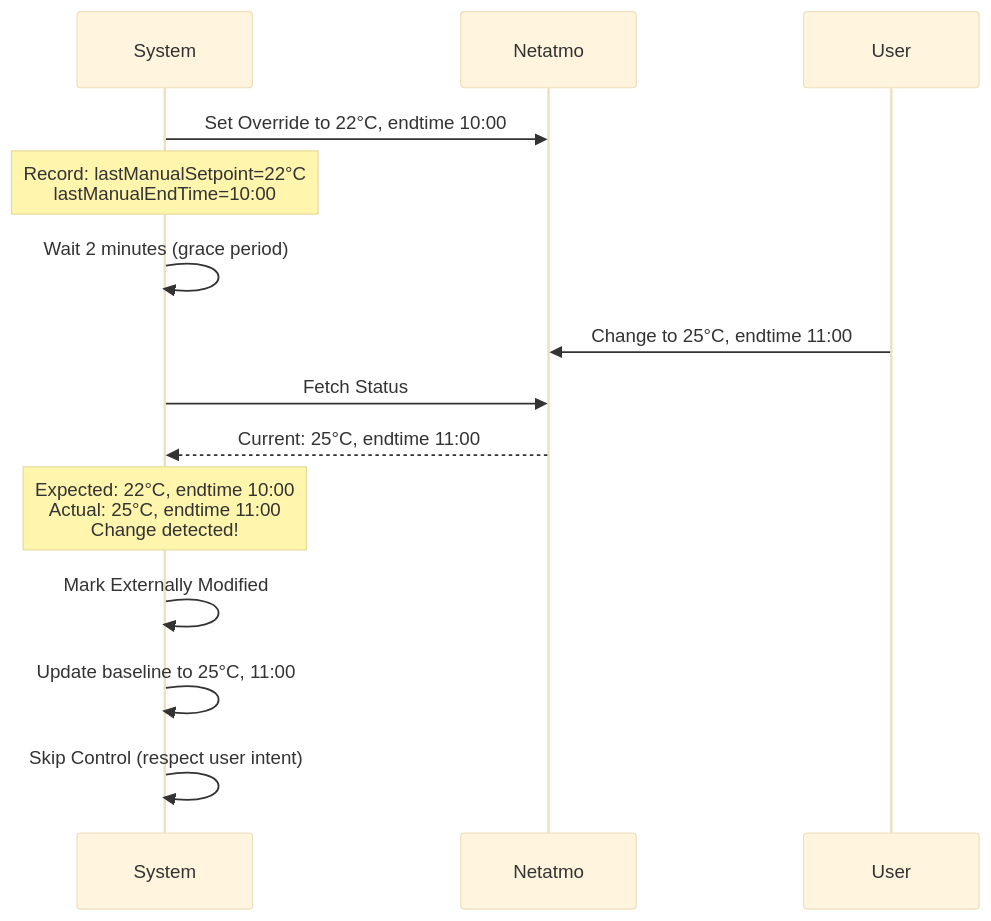
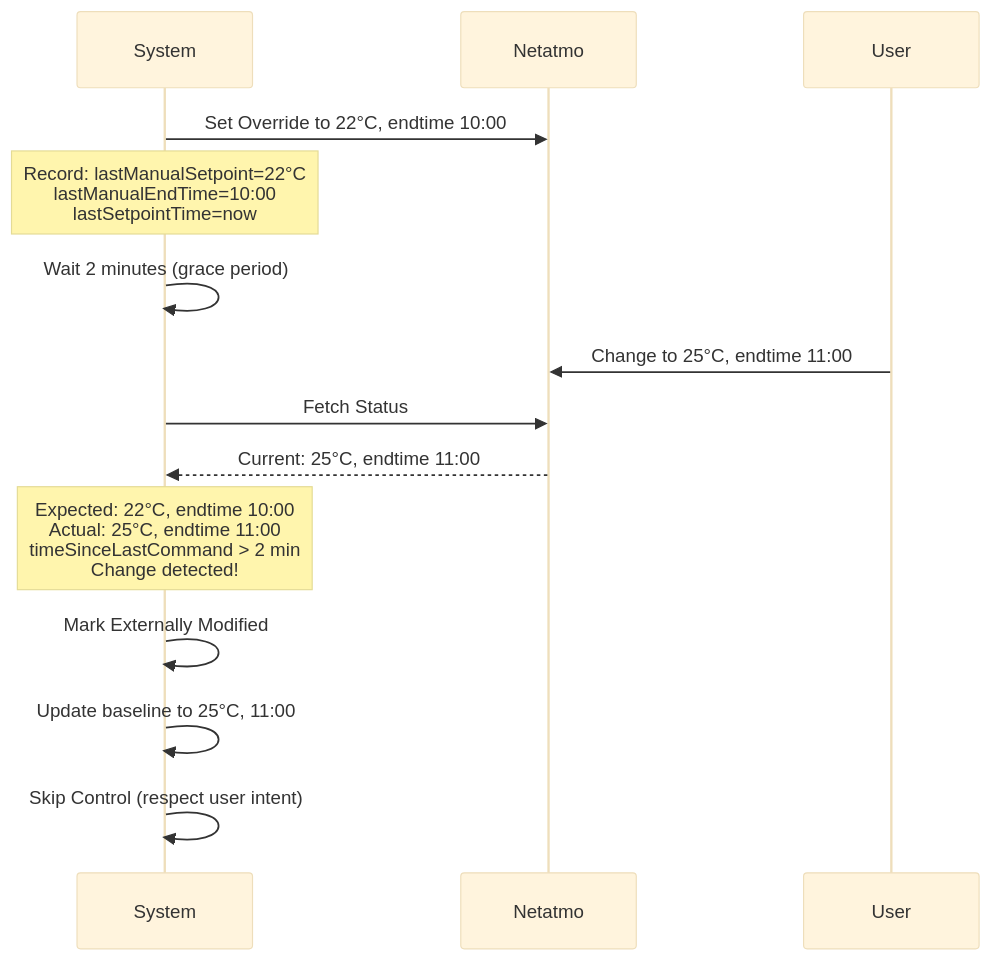
The seventh of 8 diagrams in home-controller/CONTROL_ALGORITHM.md (mjasion/balena-home), drawn with Mermaid (base theme) before and after one commit. The commit also changed other lines of this file, not shown here.

````diff
--- a/home-controller/CONTROL_ALGORITHM.md
+++ b/home-controller/CONTROL_ALGORITHM.md
@@ -404,20 +458,20 @@
 ```mermaid
 sequenceDiagram
     participant System
     participant Netatmo
     participant User
 
     System->>Netatmo: Set Override to 22°C, endtime 10:00
-    Note over System: Record: lastManualSetpoint=22°C<br/>lastManualEndTime=10:00
+    Note over System: Record: lastManualSetpoint=22°C<br/>lastManualEndTime=10:00<br/>lastSetpointTime=now
     System->>System: Wait 2 minutes (grace period)
 
     User->>Netatmo: Change to 25°C, endtime 11:00
 
     System->>Netatmo: Fetch Status
     Netatmo-->>System: Current: 25°C, endtime 11:00
 
-    Note over System: Expected: 22°C, endtime 10:00<br/>Actual: 25°C, endtime 11:00<br/>Change detected!
+    Note over System: Expected: 22°C, endtime 10:00<br/>Actual: 25°C, endtime 11:00<br/>timeSinceLastCommand > 2 min<br/>Change detected!
     System->>System: Mark Externally Modified
     System->>System: Update baseline to 25°C, 11:00
     System->>System: Skip Control (respect user intent)
 ```
````
